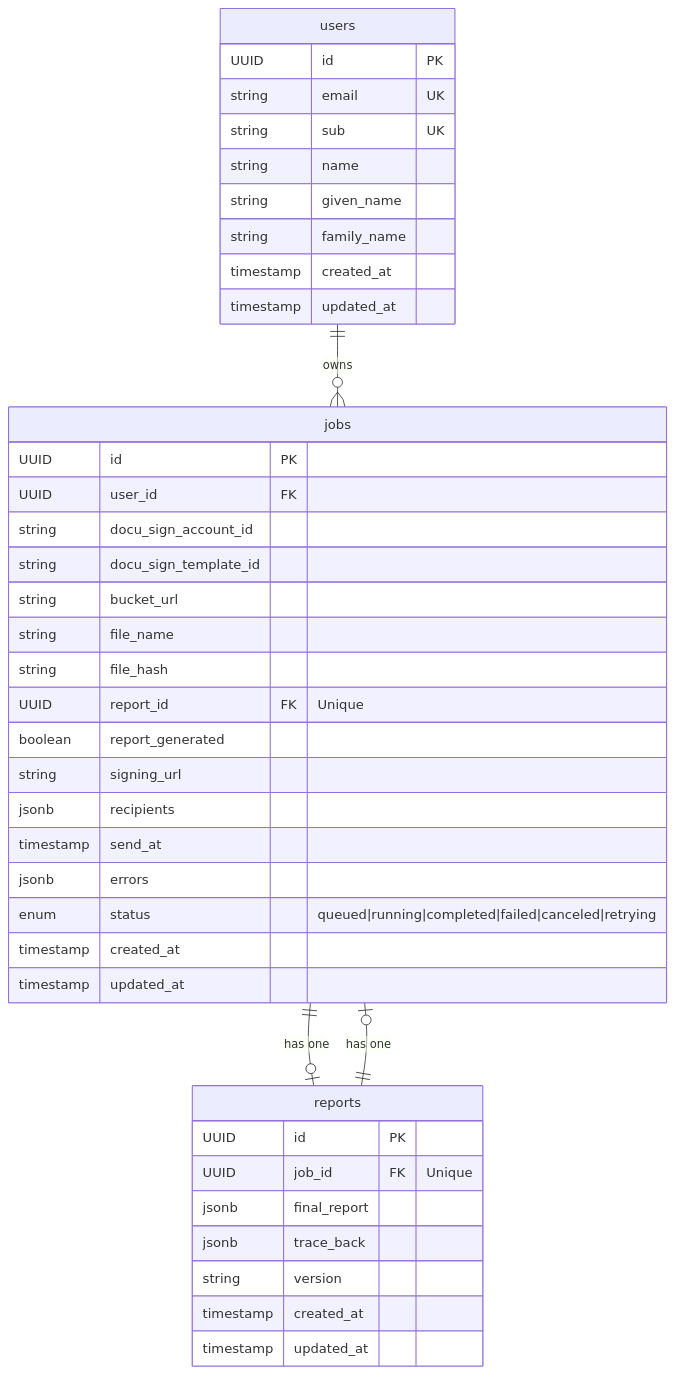
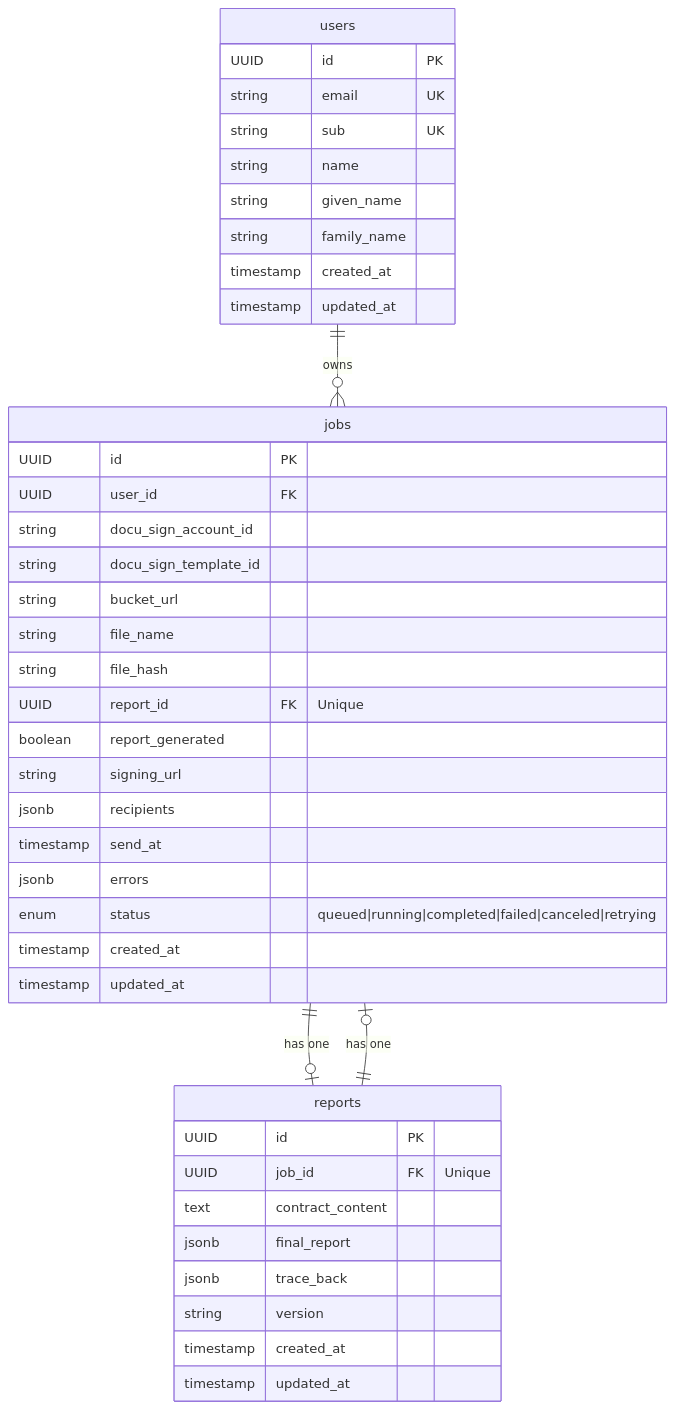
Before and after one commit to eandf/DocuInsight: the diagram in api/assets/database/diagram.mmd, drawn with Mermaid. The commit also changed 1 other file, not shown here.

```diff
--- a/api/assets/database/diagram.mmd
+++ b/api/assets/database/diagram.mmd
@@ -1,44 +1,45 @@
 erDiagram
     users ||--o{ jobs : "owns"
     jobs ||--o| reports : "has one"
     reports ||--o| jobs : "has one"
     
     users {
         UUID id PK
         string email UK
         string sub UK
         string name
         string given_name
         string family_name
         timestamp created_at
         timestamp updated_at
     }
     
     jobs {
         UUID id PK
         UUID user_id FK
         string docu_sign_account_id
         string docu_sign_template_id
         string bucket_url
         string file_name
         string file_hash
         UUID report_id FK "Unique"
         boolean report_generated
         string signing_url
         jsonb recipients
         timestamp send_at
         jsonb errors
         enum status "queued|running|completed|failed|canceled|retrying"
         timestamp created_at
         timestamp updated_at
     }
     
     reports {
         UUID id PK
         UUID job_id FK "Unique"
+        text contract_content
         jsonb final_report
         jsonb trace_back
         string version
         timestamp created_at
         timestamp updated_at
     }
```
